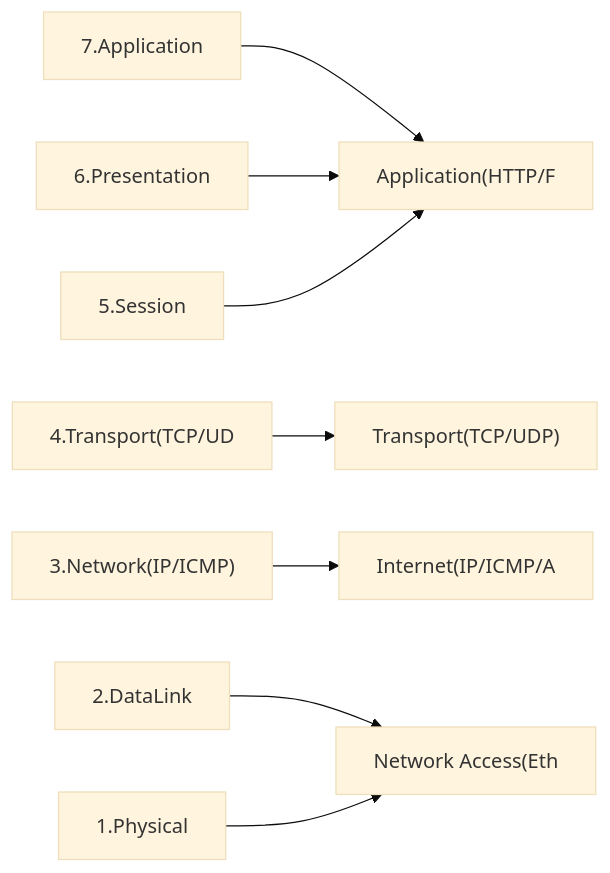
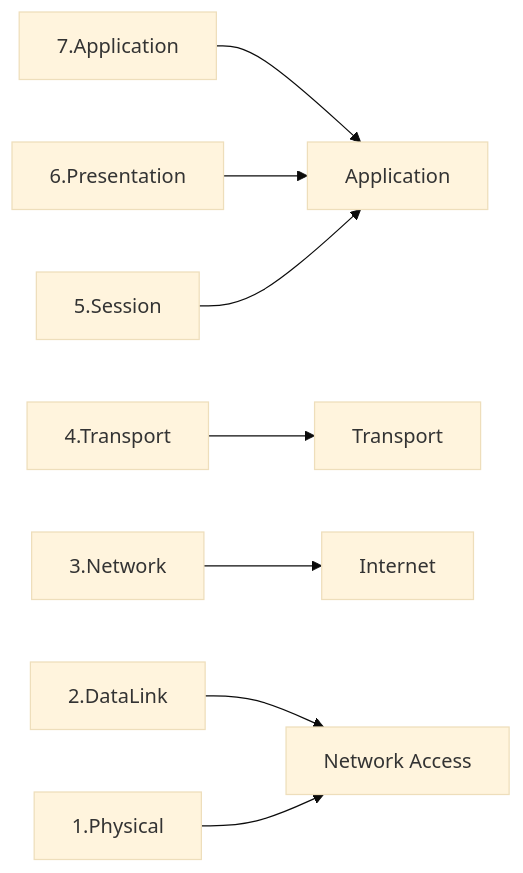
Before and after one commit to yjkim2015/yjkim2015.github.io: the fifth of 6 diagrams in _posts/network/2026-05-01-osi-7-layer.md, drawn with Mermaid (base theme). The commit also changed 155 other files, not shown here.

First line of the commit message:
Mermaid 전면 수정: subgraph 제거, participant/노드/줄수 축소 (342블록)

````diff
--- a/_posts/network/2026-05-01-osi-7-layer.md
+++ b/_posts/network/2026-05-01-osi-7-layer.md
@@ -243,10 +243,10 @@
 ```mermaid
 graph LR
-    O7["7.Application"] --> T4["Application(HTTP/F"]
+    O7["7.Application"] --> T4["Application"]
     O6["6.Presentation"] --> T4
     O5["5.Session"] --> T4
-    O4["4.Transport(TCP/UD"] --> T3["Transport(TCP/UDP)"]
-    O3["3.Network(IP/ICMP)"] --> T2["Internet(IP/ICMP/A"]
-    O2["2.DataLink"] --> T1["Network Access(Eth"]
+    O4["4.Transport"] --> T3["Transport"]
+    O3["3.Network"] --> T2["Internet"]
+    O2["2.DataLink"] --> T1["Network Access"]
     O1["1.Physical"] --> T1
 ```
````
